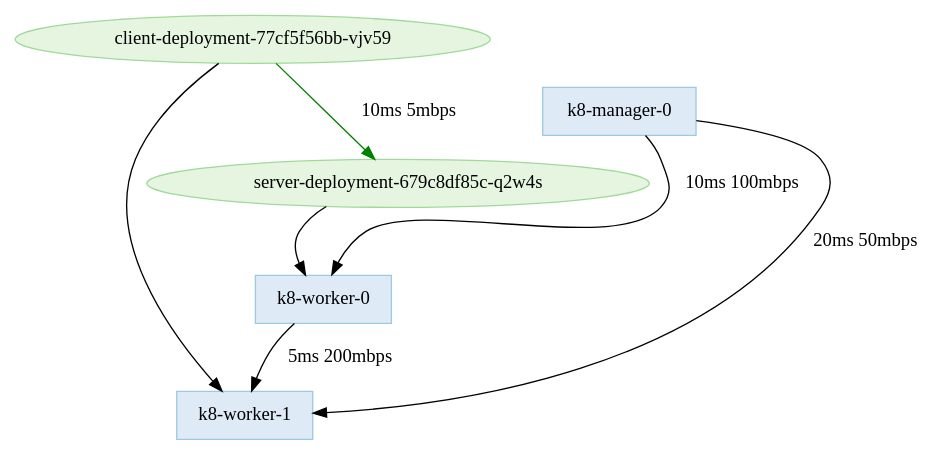
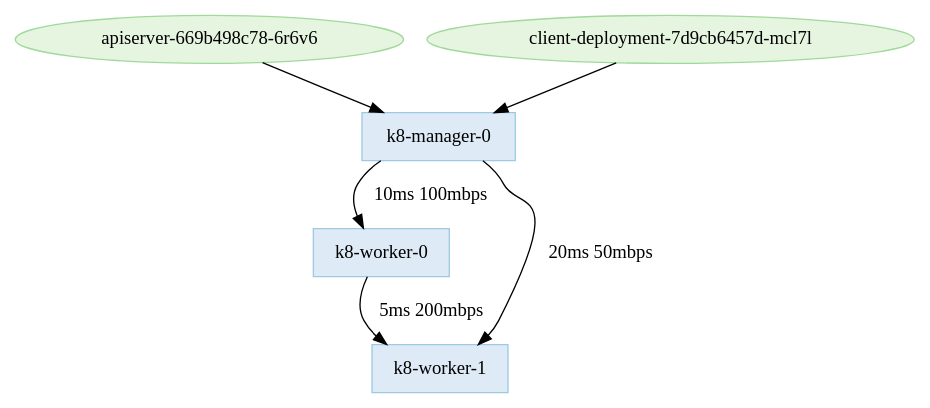
Before and after one commit to kr-0-n/master_thesis: the diagram in k8_scheduler/simple.gv, drawn with Graphviz. The commit also changed 25 other files, not shown here.

```diff
--- a/k8_scheduler/simple.gv
+++ b/k8_scheduler/simple.gv
@@ -1,26 +1,24 @@
 strict digraph {
 
 
-	"k8-worker-1" [ color="2", colorscheme="blues3", fillcolor="1", shape="rect", style="filled",  weight=0 ];
-
-	"server-deployment-679c8df85c-q2w4s" [ color="2", colorscheme="greens3", fillcolor="1", shape="ellipse", style="filled",  weight=0 ];
-
-	"server-deployment-679c8df85c-q2w4s" -> "k8-worker-0" [  weight=0 ];
-
 	"k8-manager-0" [ color="2", colorscheme="blues3", fillcolor="1", shape="rect", style="filled",  weight=0 ];
-
-	"k8-manager-0" -> "k8-worker-1" [ label="20ms 50mbps", throughput="50", type="connection",  weight=0 ];
 
 	"k8-manager-0" -> "k8-worker-0" [ label="10ms 100mbps", throughput="100", type="connection",  weight=0 ];
 
-	"client-deployment-77cf5f56bb-vjv59" [ color="2", colorscheme="greens3", fillcolor="1", shape="ellipse", style="filled",  weight=0 ];
-
-	"client-deployment-77cf5f56bb-vjv59" -> "k8-worker-1" [  weight=0 ];
-
-	"client-deployment-77cf5f56bb-vjv59" -> "server-deployment-679c8df85c-q2w4s" [ color="green", label="10ms 5mbps", latency="10", throughput="5", type="networkComRequirement",  weight=0 ];
+	"k8-manager-0" -> "k8-worker-1" [ label="20ms 50mbps", throughput="50", type="connection",  weight=0 ];
 
 	"k8-worker-0" [ color="2", colorscheme="blues3", fillcolor="1", shape="rect", style="filled",  weight=0 ];
 
 	"k8-worker-0" -> "k8-worker-1" [ label="5ms 200mbps", throughput="200", type="connection",  weight=0 ];
 
+	"k8-worker-1" [ color="2", colorscheme="blues3", fillcolor="1", shape="rect", style="filled",  weight=0 ];
+
+	"apiserver-669b498c78-6r6v6" [ color="2", colorscheme="greens3", fillcolor="1", shape="ellipse", style="filled",  weight=0 ];
+
+	"apiserver-669b498c78-6r6v6" -> "k8-manager-0" [  weight=0 ];
+
+	"client-deployment-7d9cb6457d-mcl7l" [ color="2", colorscheme="greens3", fillcolor="1", shape="ellipse", style="filled",  weight=0 ];
+
+	"client-deployment-7d9cb6457d-mcl7l" -> "k8-manager-0" [  weight=0 ];
+
 }
```
